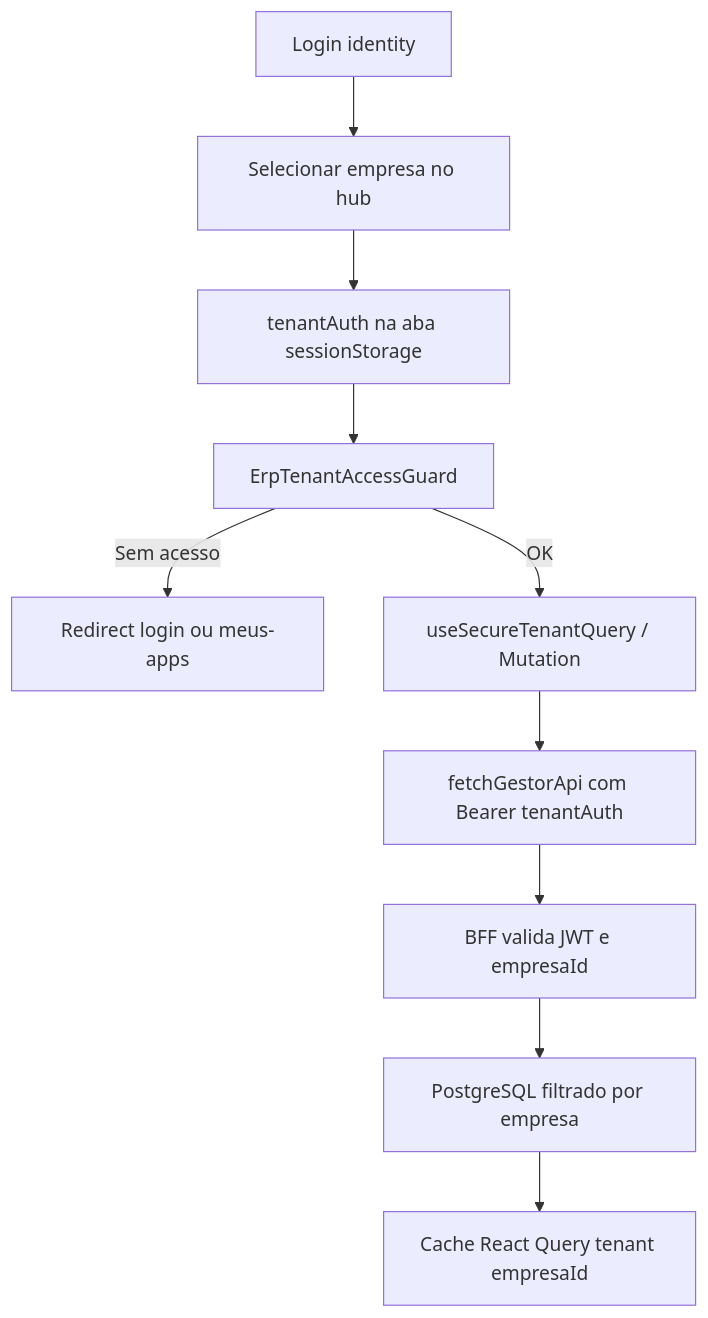
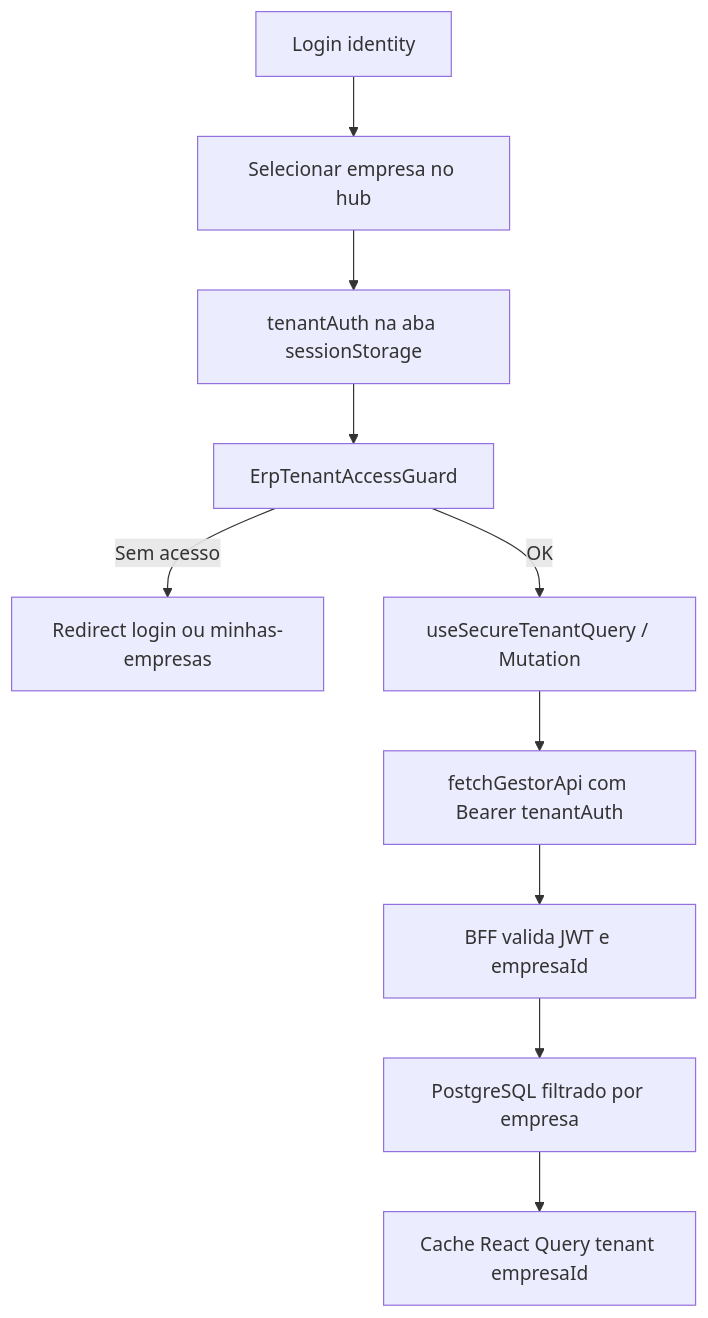
Before and after one commit to albertobarcelos/jiffy-gestor-v2: the diagram in docs/MULTI-TENANT-JIFFY-DOC-OFICIAL.md, drawn with Mermaid. The commit also changed other lines of this file and 76 other files, not shown here.

First line of the commit message:
feat(hub): renomear para minhas-empresas e reforçar sessão/ícones de produtos

````diff
--- a/docs/MULTI-TENANT-JIFFY-DOC-OFICIAL.md
+++ b/docs/MULTI-TENANT-JIFFY-DOC-OFICIAL.md
@@ -354,12 +354,12 @@
 ```mermaid
 flowchart TD
   A[Login identity] --> B[Selecionar empresa no hub]
   B --> C[tenantAuth na aba sessionStorage]
   C --> D[ErpTenantAccessGuard]
-  D -->|Sem acesso| E[Redirect login ou meus-apps]
+  D -->|Sem acesso| E[Redirect login ou minhas-empresas]
   D -->|OK| F[useSecureTenantQuery / Mutation]
   F --> G[fetchGestorApi com Bearer tenantAuth]
   G --> H[BFF valida JWT e empresaId]
   H --> I[PostgreSQL filtrado por empresa]
   I --> J[Cache React Query tenant empresaId]
 ```
````
